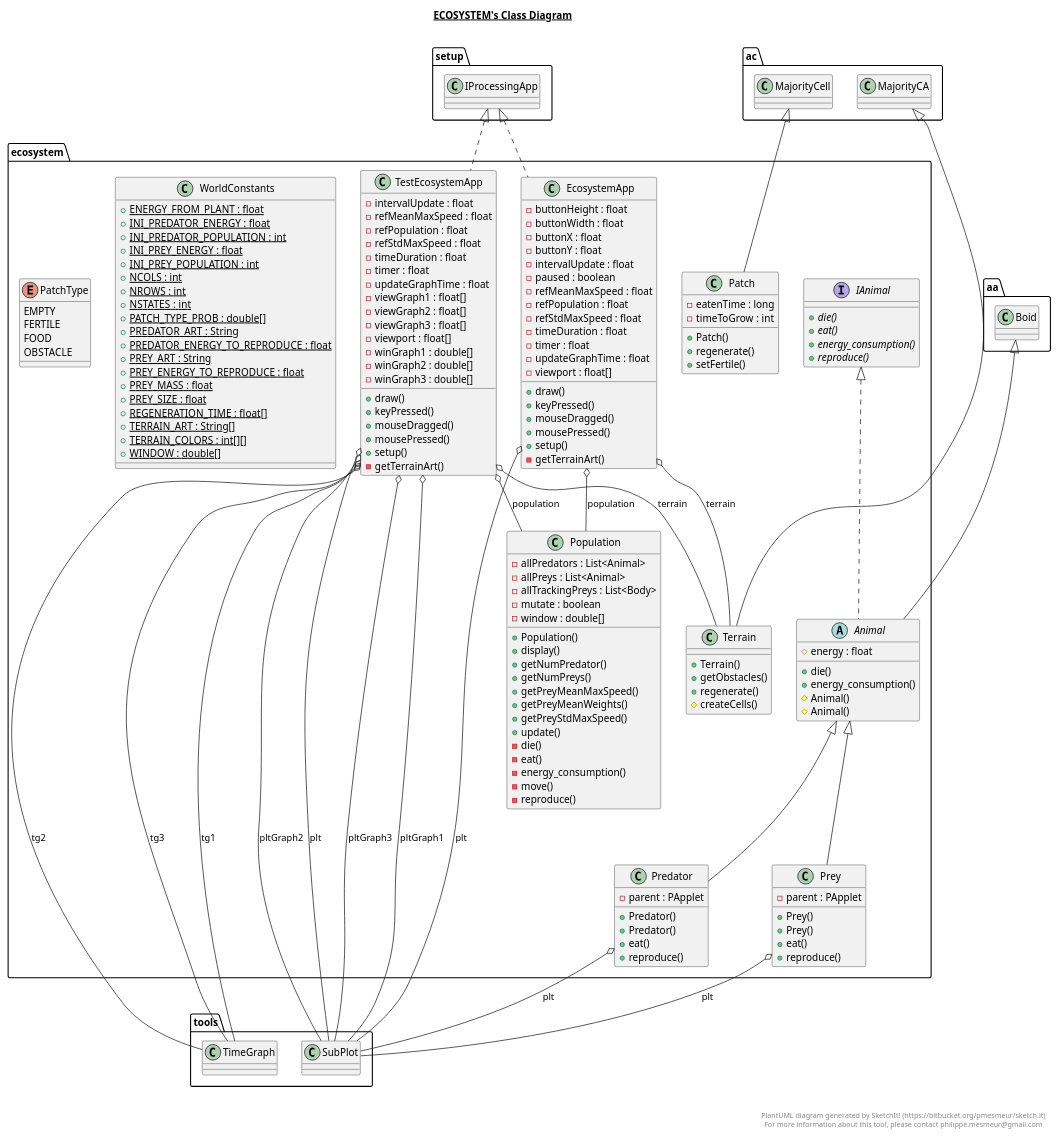
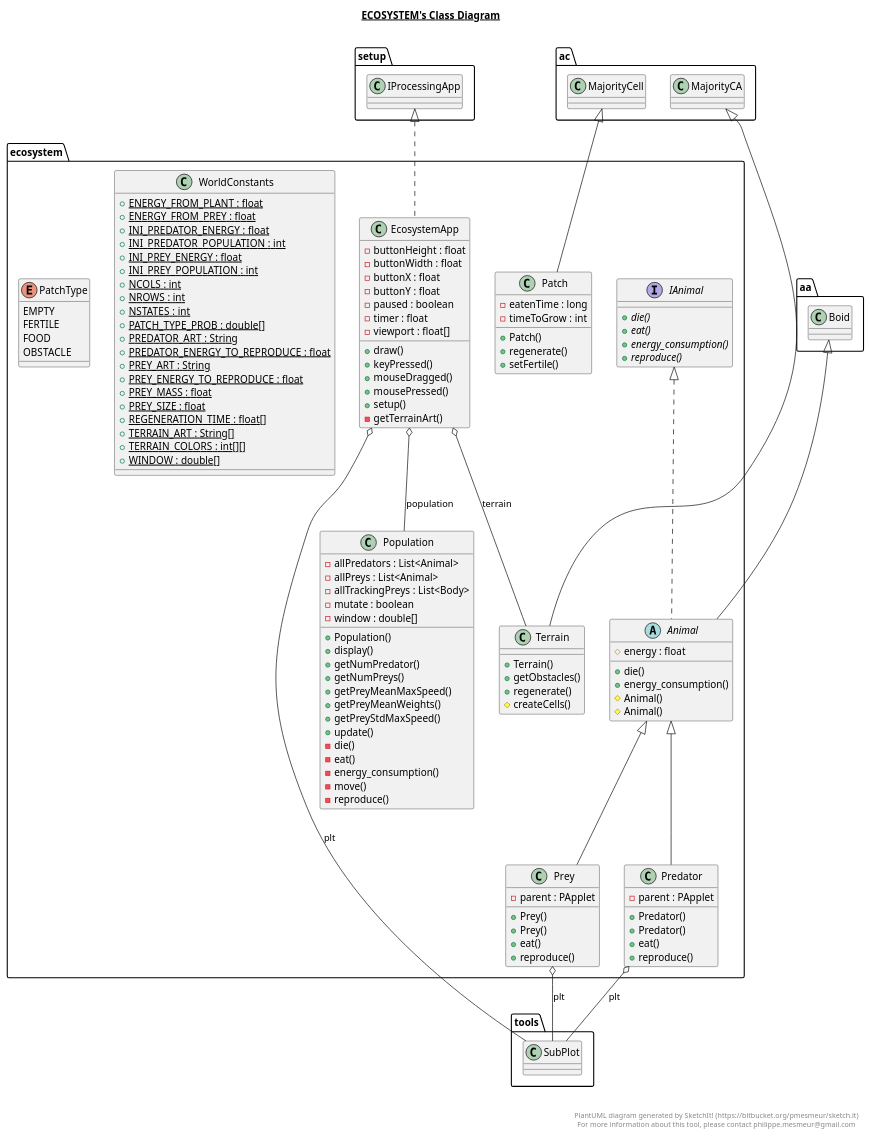
One commit to RafaelAlexDias/MSSN changed the diagram in src/ecosystem/ecosystem.plantuml. Above: the diagram before and after it, drawn with PlantUML. The commit also changed 1 other file, not shown here.

```diff
--- a/src/ecosystem/ecosystem.plantuml
+++ b/src/ecosystem/ecosystem.plantuml
@@ -19,14 +19,8 @@
         - buttonWidth : float
         - buttonX : float
         - buttonY : float
-        - intervalUpdate : float
         - paused : boolean
-        - refMeanMaxSpeed : float
-        - refPopulation : float
-        - refStdMaxSpeed : float
-        - timeDuration : float
         - timer : float
-        - updateGraphTime : float
         - viewport : float[]
         + draw()
         + keyPressed()
@@ -116,34 +110,9 @@
   
 
   namespace ecosystem {
-    class ecosystem.TestEcosystemApp {
-        - intervalUpdate : float
-        - refMeanMaxSpeed : float
-        - refPopulation : float
-        - refStdMaxSpeed : float
-        - timeDuration : float
-        - timer : float
-        - updateGraphTime : float
-        - viewGraph1 : float[]
-        - viewGraph2 : float[]
-        - viewGraph3 : float[]
-        - viewport : float[]
-        - winGraph1 : double[]
-        - winGraph2 : double[]
-        - winGraph3 : double[]
-        + draw()
-        + keyPressed()
-        + mouseDragged()
-        + mousePressed()
-        + setup()
-        - getTerrainArt()
-    }
-  }
-  
-
-  namespace ecosystem {
     class ecosystem.WorldConstants {
         {static} + ENERGY_FROM_PLANT : float
+        {static} + ENERGY_FROM_PREY : float
         {static} + INI_PREDATOR_ENERGY : float
         {static} + INI_PREDATOR_POPULATION : int
         {static} + INI_PREY_ENERGY : float
@@ -188,16 +157,6 @@
   ecosystem.Prey -up-|> ecosystem.Animal
   ecosystem.Prey o-- tools.SubPlot : plt
   ecosystem.Terrain -up-|> ac.MajorityCA
-  ecosystem.TestEcosystemApp .up.|> setup.IProcessingApp
-  ecosystem.TestEcosystemApp o-- tools.SubPlot : plt
-  ecosystem.TestEcosystemApp o-- tools.SubPlot : pltGraph1
-  ecosystem.TestEcosystemApp o-- tools.SubPlot : pltGraph2
-  ecosystem.TestEcosystemApp o-- tools.SubPlot : pltGraph3
-  ecosystem.TestEcosystemApp o-- ecosystem.Population : population
-  ecosystem.TestEcosystemApp o-- ecosystem.Terrain : terrain
-  ecosystem.TestEcosystemApp o-- tools.TimeGraph : tg1
-  ecosystem.TestEcosystemApp o-- tools.TimeGraph : tg2
-  ecosystem.TestEcosystemApp o-- tools.TimeGraph : tg3
   ecosystem.WorldConstants +-down- ecosystem.WorldConstants.PatchType
 
 
```
